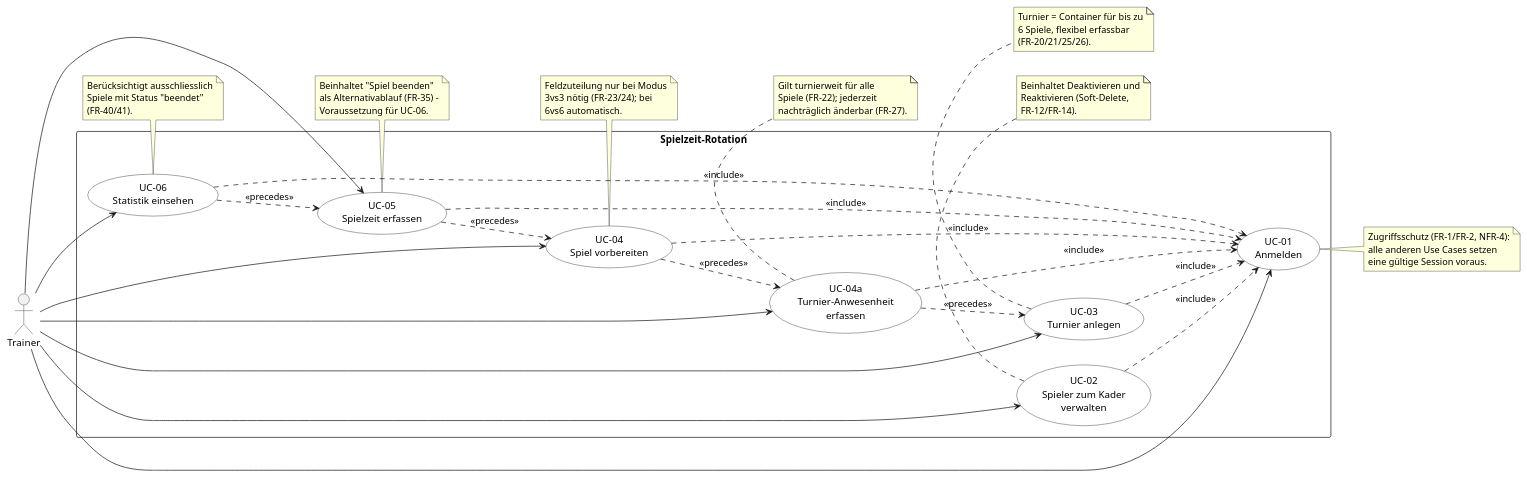
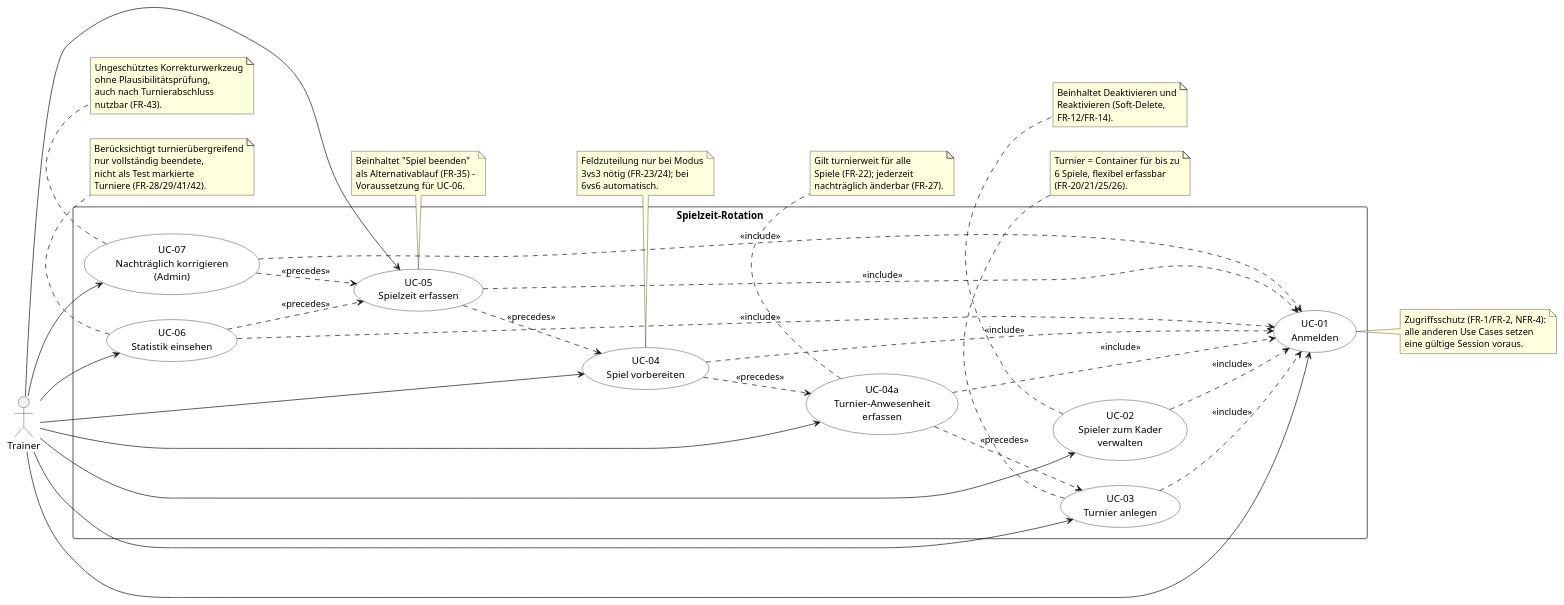
The diagram in docs/use-cases/use-case-diagram.puml (boesee/fair-rotation), drawn with PlantUML before and after one commit. The commit also changed 10 other files, not shown here.

First line of the commit message:
Lock Turnier-Anwesenheit once beendet, add Admin correction area (FR-43)

```diff
--- a/docs/use-cases/use-case-diagram.puml
+++ b/docs/use-cases/use-case-diagram.puml
@@ -1,83 +1,95 @@
 @startuml use-case-diagram
 left to right direction
 skinparam packageStyle rectangle
 skinparam usecase {
   BackgroundColor White
   BorderColor Black
 }
 
 actor Trainer
 
 rectangle "Spielzeit-Rotation" {
   usecase "UC-01\nAnmelden" as UC01
   usecase "UC-02\nSpieler zum Kader\nverwalten" as UC02
   usecase "UC-03\nTurnier anlegen" as UC03
   usecase "UC-04a\nTurnier-Anwesenheit\nerfassen" as UC04a
   usecase "UC-04\nSpiel vorbereiten" as UC04
   usecase "UC-05\nSpielzeit erfassen" as UC05
   usecase "UC-06\nStatistik einsehen" as UC06
+  usecase "UC-07\nNachträglich korrigieren\n(Admin)" as UC07
 }
 
 Trainer --> UC01
 Trainer --> UC02
 Trainer --> UC03
 Trainer --> UC04a
 Trainer --> UC04
 Trainer --> UC05
 Trainer --> UC06
+Trainer --> UC07
 
 UC02 ..> UC01 : <<include>>
 UC03 ..> UC01 : <<include>>
 UC04a ..> UC01 : <<include>>
 UC04 ..> UC01 : <<include>>
 UC05 ..> UC01 : <<include>>
 UC06 ..> UC01 : <<include>>
+UC07 ..> UC01 : <<include>>
 
 UC04a ..> UC03 : <<precedes>>
 UC04 ..> UC04a : <<precedes>>
 UC05 ..> UC04 : <<precedes>>
 UC06 ..> UC05 : <<precedes>>
+UC07 ..> UC05 : <<precedes>>
 
 note right of UC01
   Zugriffsschutz (FR-1/FR-2, NFR-4):
   alle anderen Use Cases setzen
   eine gültige Session voraus.
 end note
 
 note bottom of UC02
   Beinhaltet Deaktivieren und
   Reaktivieren (Soft-Delete,
   FR-12/FR-14).
 end note
 
 note bottom of UC03
   Turnier = Container für bis zu
   6 Spiele, flexibel erfassbar
   (FR-20/21/25/26).
 end note
 
 note bottom of UC04a
   Gilt turnierweit für alle
   Spiele (FR-22); jederzeit
   nachträglich änderbar (FR-27).
 end note
 
 note bottom of UC04
   Feldzuteilung nur bei Modus
   3vs3 nötig (FR-23/24); bei
   6vs6 automatisch.
 end note
 
 note bottom of UC05
   Beinhaltet "Spiel beenden"
   als Alternativablauf (FR-35) –
   Voraussetzung für UC-06.
 end note
 
 note bottom of UC06
-  Berücksichtigt ausschliesslich
-  Spiele mit Status "beendet"
-  (FR-40/41).
+  Berücksichtigt turnierübergreifend
+  nur vollständig beendete,
+  nicht als Test markierte
+  Turniere (FR-28/29/41/42).
+end note
+
+note bottom of UC07
+  Ungeschütztes Korrekturwerkzeug
+  ohne Plausibilitätsprüfung,
+  auch nach Turnierabschluss
+  nutzbar (FR-43).
 end note
 
 @enduml
```
